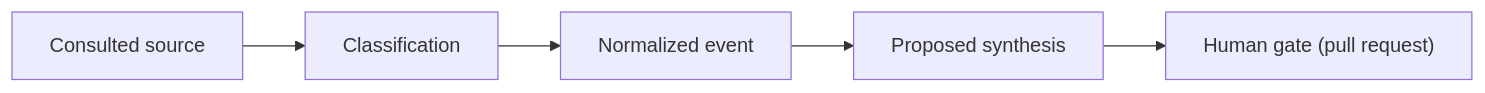
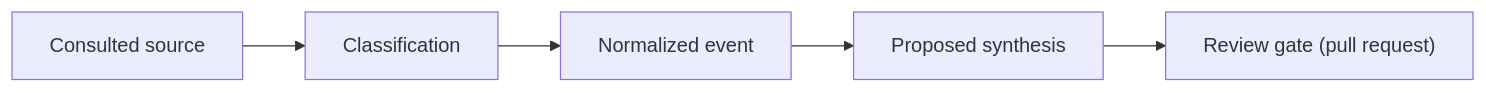
Before and after one commit to kimlage/wiki-viva-kit: the diagram in docs/references/templates/wiki/ingestion-proposal.md, drawn with Mermaid. The commit also changed 34 other files, not shown here.

````diff
--- a/docs/references/templates/wiki/ingestion-proposal.md
+++ b/docs/references/templates/wiki/ingestion-proposal.md
@@ -45,10 +45,10 @@
 ```mermaid
-%% Fill in: trace this proposal from the consulted source to the human gate.
+%% Fill in: trace this proposal from the consulted source to the PR review gate.
 flowchart LR
     src["Consulted source"]
     classify["Classification"]
     event["Normalized event"]
     synth["Proposed synthesis"]
-    gate["Human gate (pull request)"]
+    gate["Review gate (pull request)"]
     src --> classify --> event --> synth --> gate
 ```
````
